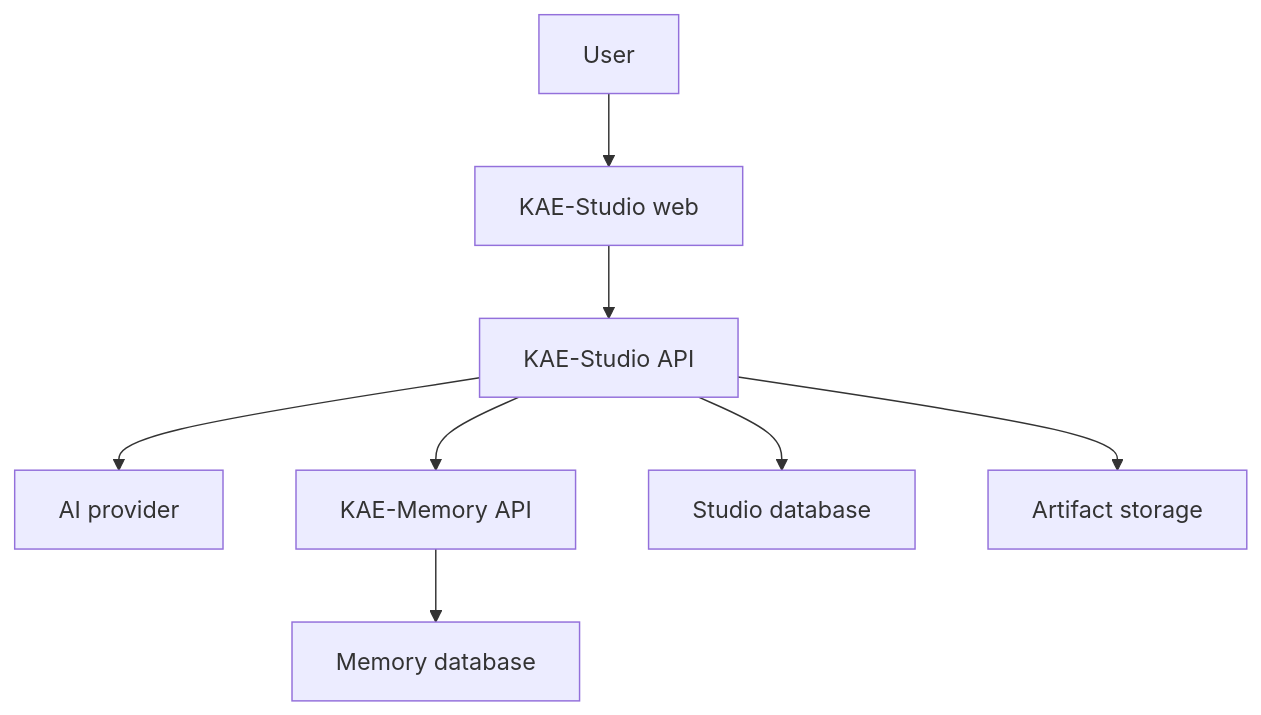
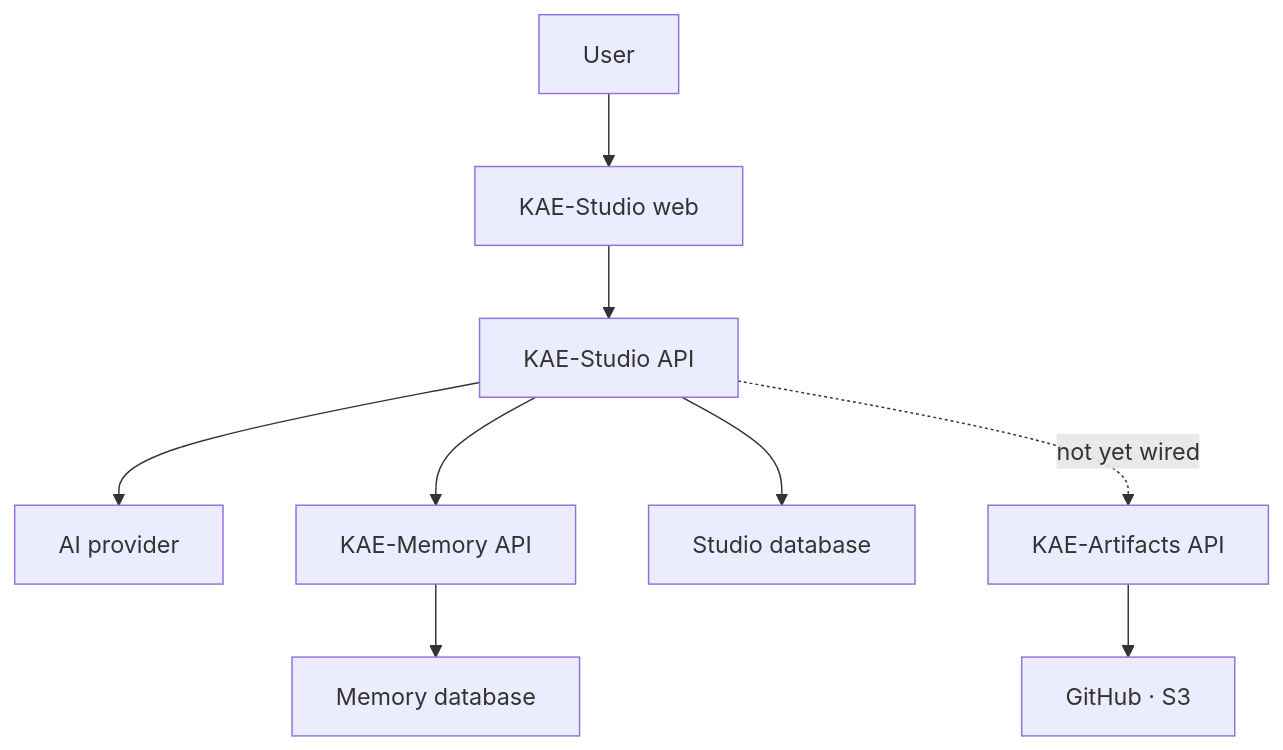
One commit to crismag/KAE-Studio changed the diagram in docs/architecture/SYSTEM_BOUNDARY.md. Above: the diagram before and after it, drawn with Mermaid. The commit also changed other lines of this file and 4 other files, not shown here.

First line of the commit message:
docs: artifact publishing moved to KAE-Artifacts, and the README claimed mock-only

````diff
--- a/docs/architecture/SYSTEM_BOUNDARY.md
+++ b/docs/architecture/SYSTEM_BOUNDARY.md
@@ -7,10 +7,11 @@
 ```mermaid
 flowchart TD
     U["User"] --> S["KAE-Studio web"]
     S --> A["KAE-Studio API"]
     A --> P["AI provider"]
     A --> M["KAE-Memory API"]
     A --> D["Studio database"]
     M --> K["Memory database"]
-    A --> O["Artifact storage"]
+    A -.->|not yet wired| R["KAE-Artifacts API"]
+    R --> O["GitHub · S3"]
 ```
````
